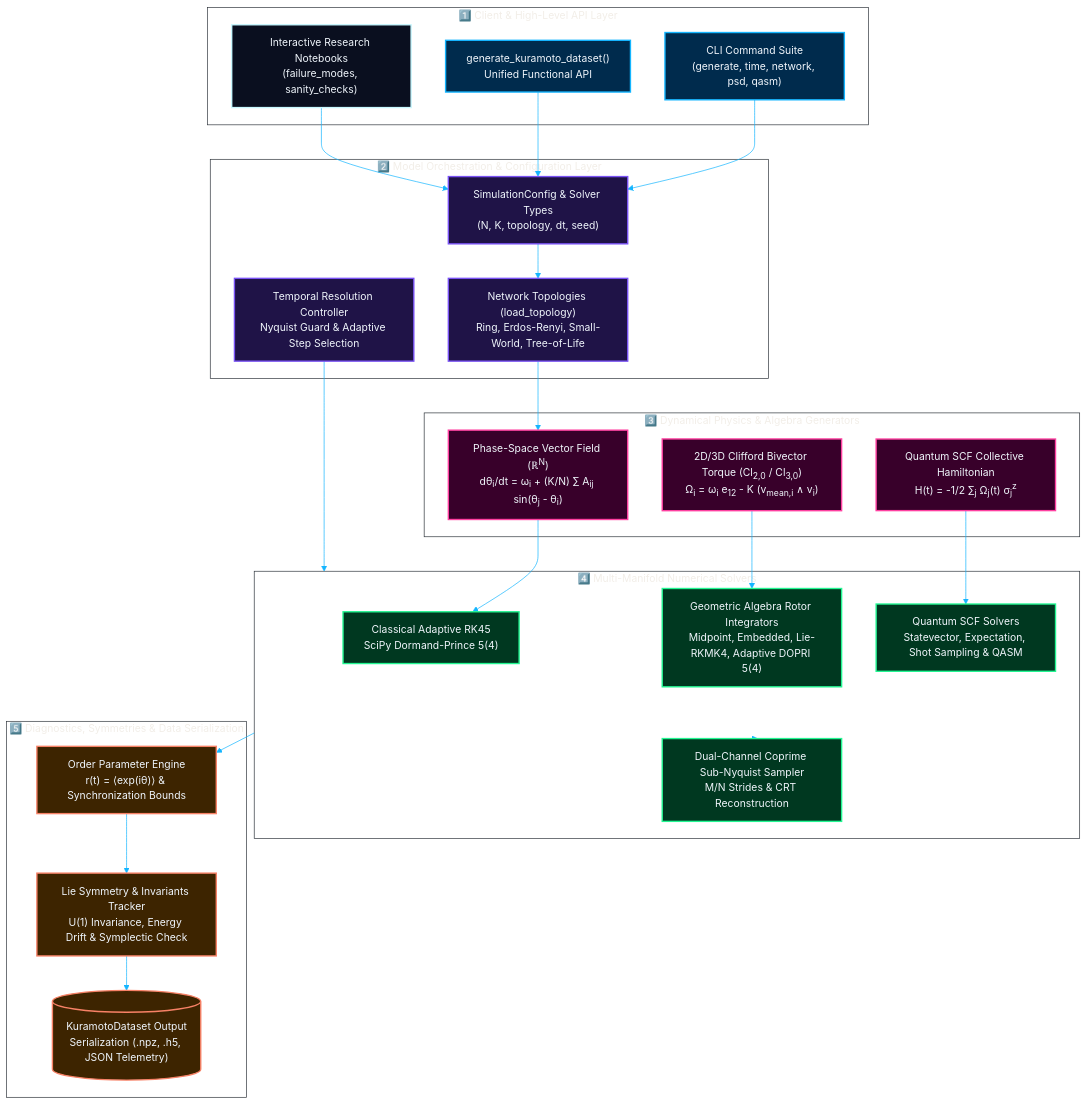
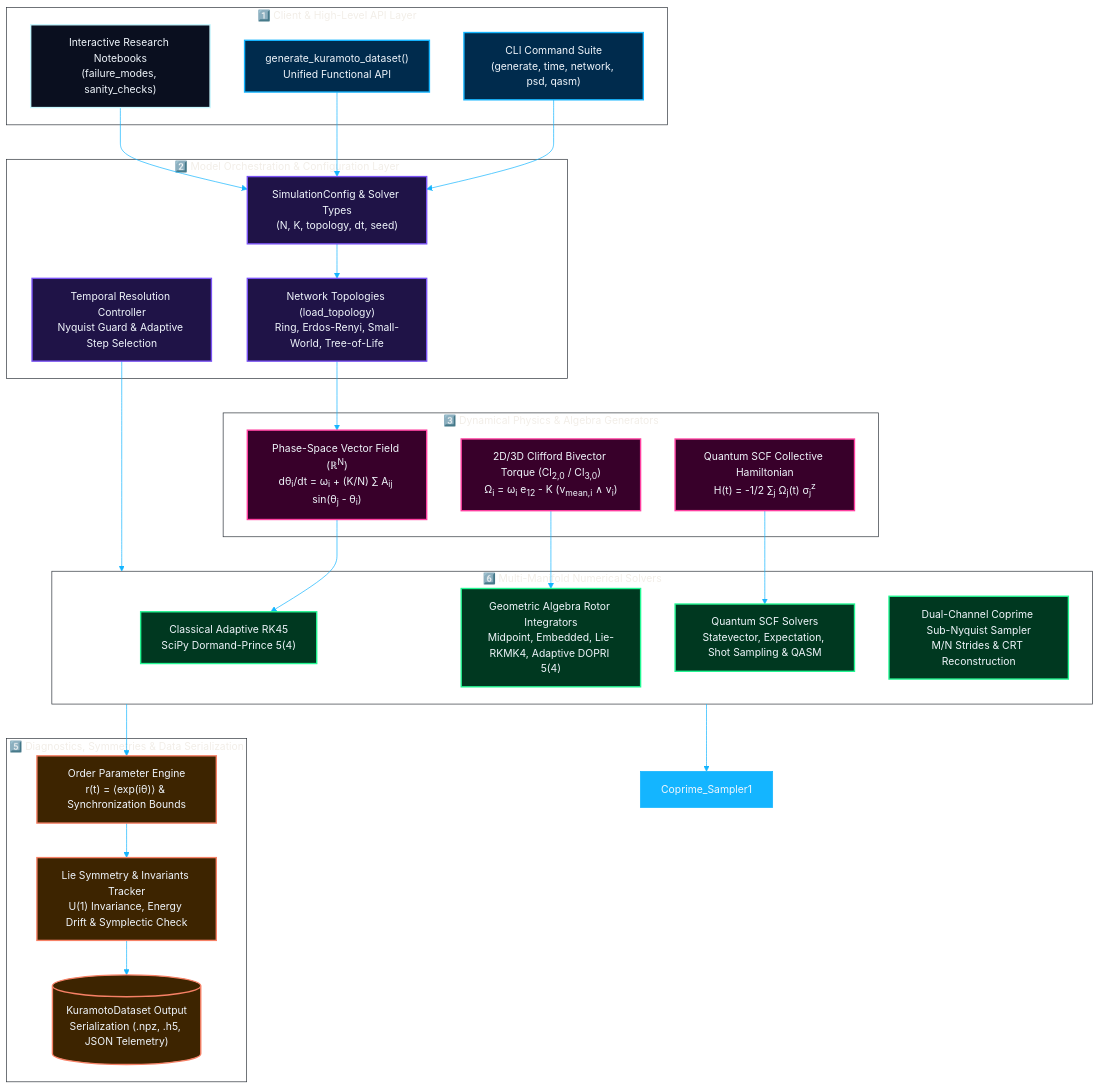
The diagram in boilerplates/mermaid/boilerplate_diagram.mmd (eigenscribe/scriber-core), drawn with Mermaid before and after one commit. The commit also changed 16 other files, not shown here.

```diff
--- a/boilerplates/mermaid/boilerplate_diagram.mmd
+++ b/boilerplates/mermaid/boilerplate_diagram.mmd
@@ -1,85 +1,85 @@
 ---
 config:
   theme: base
   look: classic
   themeVariables:
     background: "#0D1117"
     primaryColor: "#14B5FF"
     primaryTextColor: "#F0F6FC"
     primaryBorderColor: "#14B5FF"
     lineColor: "#14B5FF"
     secondaryColor: "#0070EB"
     tertiaryColor: "#0D1117"
     fontFamily: "'Aclonica', sans-serif"
     fontSize: "15px"
     clusterBkg: "rgba(255, 255, 255, 0.03)"
     clusterBorder: "#30363D"
     edgeLabelBackground: "#0D1117"
     nodeSpacing: 45
     rankSpacing: 75
     borderRadius: "10"
   flowchart:
     curve: basis
     useMaxWidth: true
     htmlLabels: true
   themeCSS: |
     .node rect, .node circle, .node ellipse, .node polygon, .node path { fill-opacity: 0.9; stroke-width: 2px; }
     .cluster rect { rx: 16; ry: 16; }
     .nodeLabel, .edgeLabel, .cluster-label, .cluster-label text, .label, .label text, text, .katex, .katex *, .MathJax, .MathJax *, mjx-container, mjx-container * { color: #F0F6FC !important; fill: #F0F6FC !important; -webkit-text-fill-color: #F0F6FC !important; }
 ---
 flowchart TD
 
 %% Title: Eigenscribe Architectural Blueprint
 
 subgraph Client_API["1️⃣ Client & High-Level API Layer"]
     CLI["CLI Command Suite<br/>(generate, time, network, psd, qasm)"]:::primary
     API_Gen["generate_kuramoto_dataset()<br/>Unified Functional API"]:::primary
     Notebooks["Interactive Research Notebooks<br/>(failure_modes, sanity_checks)"]:::cosmic
 end
 
 subgraph Model_Orchestration["2️⃣ Model Orchestration & Configuration Layer"]
     Config["SimulationConfig & Solver Types<br/>(N, K, topology, dt, seed)"]:::secondary
     Topology["Network Topologies (load_topology)<br/>Ring, Erdos-Renyi, Small-World, Tree-of-Life"]:::secondary
     Temporal_Ctrl["Temporal Resolution Controller<br/>Nyquist Guard & Adaptive Step Selection"]:::secondary
 end
 
 subgraph Physics_Law["3️⃣ Dynamical Physics & Algebra Generators"]
     Phase_Physics["Phase-Space Vector Field (&Ropf;<sup>N</sup>)<br/>d&theta;<sub>i</sub>/dt = &omega;<sub>i</sub> + (K/N) &sum; A<sub>ij</sub> sin(&theta;<sub>j</sub> - &theta;<sub>i</sub>)"]:::accent
     GA_Physics["2D/3D Clifford Bivector Torque (Cl<sub>2,0</sub> / Cl<sub>3,0</sub>)<br/>&Omega;<sub>i</sub> = &omega;<sub>i</sub> e<sub>12</sub> - K (v<sub>mean,i</sub> &and; v<sub>i</sub>)"]:::accent
     Quantum_Physics["Quantum SCF Collective Hamiltonian<br/>H(t) = -1/2 &sum;<sub>j</sub> &Omega;<sub>j</sub>(t) &sigma;<sub>j</sub><sup>z</sup>"]:::accent
 end
 
-subgraph Integrator_Ecosystem["4️⃣ Multi-Manifold Numerical Solvers"]
+subgraph Integrator_Ecosystem["6️⃣ Multi-Manifold Numerical Solvers"]
     RK45_Int["Classical Adaptive RK45<br/>SciPy Dormand-Prince 5(4)"]:::success
     GA_Rotors["Geometric Algebra Rotor Integrators<br/>Midpoint, Embedded, Lie-RKMK4, Adaptive DOPRI 5(4)"]:::success
     Quantum_SCF["Quantum SCF Solvers<br/>Statevector, Expectation, Shot Sampling & QASM"]:::success
     Coprime_Sampler["Dual-Channel Coprime Sub-Nyquist Sampler<br/>M/N Strides & CRT Reconstruction"]:::success
 end
 
 subgraph Diagnostics_Layer["5️⃣ Diagnostics, Symmetries & Data Serialization"]
     Obs_OP["Order Parameter Engine<br/>r(t) = &lang;exp(i&theta;)&rang; & Synchronization Bounds"]:::warning
     Obs_Lie["Lie Symmetry & Invariants Tracker<br/>U(1) Invariance, Energy Drift & Symplectic Check"]:::warning
     Dataset_Out[("KuramotoDataset Output<br/>Serialization (.npz, .h5, JSON Telemetry)")]:::warning
 end
 
 CLI --> Config
 API_Gen --> Config
 Notebooks --> Config
 Config --> Topology
 Topology --> Phase_Physics
 Temporal_Ctrl --> Integrator_Ecosystem
 Phase_Physics --> RK45_Int
 GA_Physics --> GA_Rotors
 Quantum_Physics --> Quantum_SCF
 Integrator_Ecosystem --> Obs_OP
-Integrator_Ecosystem --> Coprime_Sampler
+Integrator_Ecosystem --> Coprime_Sampler1
 Obs_OP --> Obs_Lie
 Obs_Lie --> Dataset_Out
 
 classDef primary fill:#002b4d,stroke:#14b5ff,stroke-width:2px,color:#f0f6fc;
 classDef secondary fill:#1f1347,stroke:#7952f5,stroke-width:2px,color:#f0f6fc;
 classDef success fill:#003820,stroke:#22f792,stroke-width:2px,color:#f0f6fc;
 classDef warning fill:#3d2400,stroke:#f78166,stroke-width:2px,color:#f0f6fc;
 classDef accent fill:#38002a,stroke:#ff40a1,stroke-width:2px,color:#f0f6fc;
 classDef cosmic fill:#0a0f1f,stroke:#c8f8ff,stroke-width:2px,color:#f0f6fc;
 classDef subtle fill:#161b22,stroke:#30363d,stroke-width:1.5px,color:#8b949e;
```
